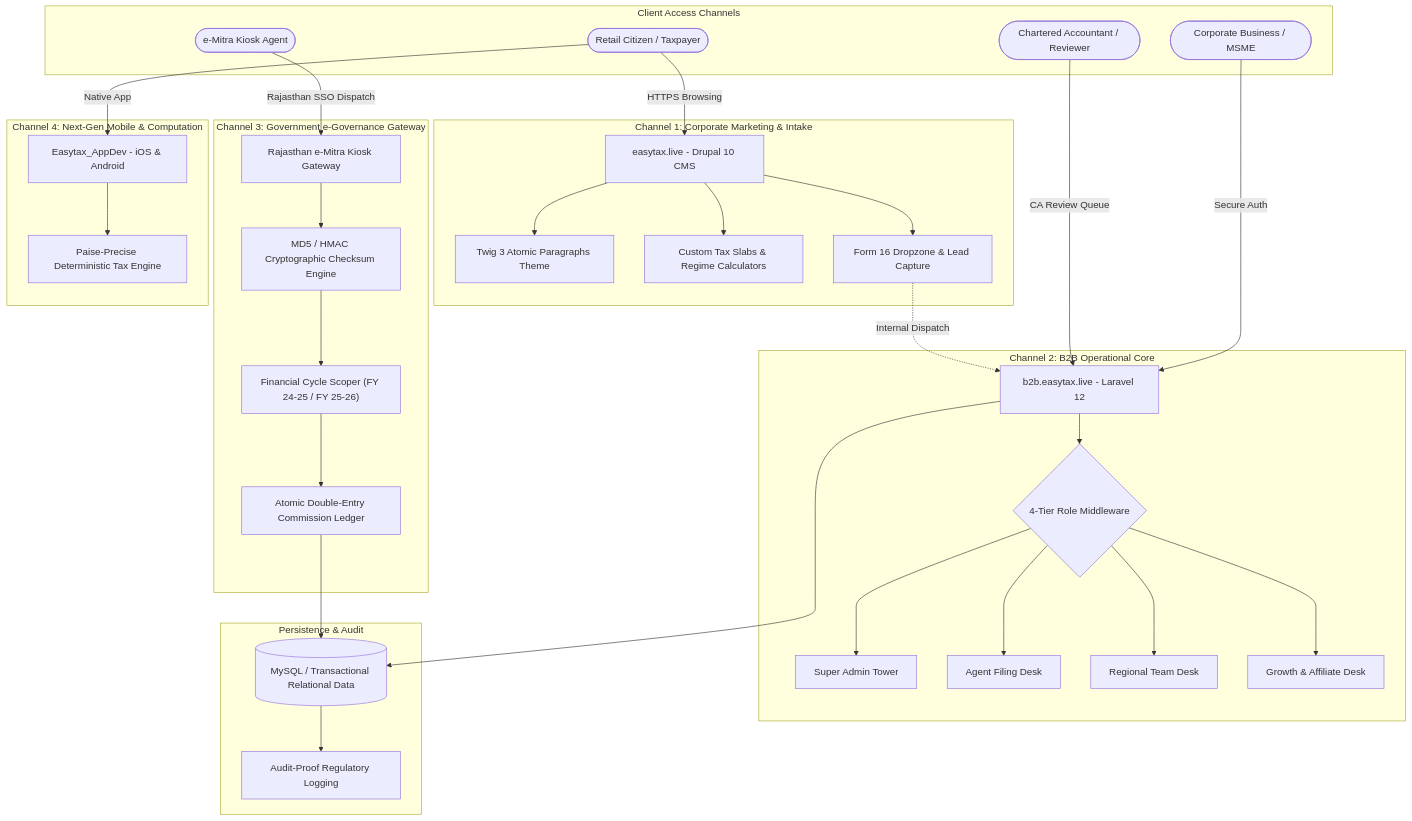
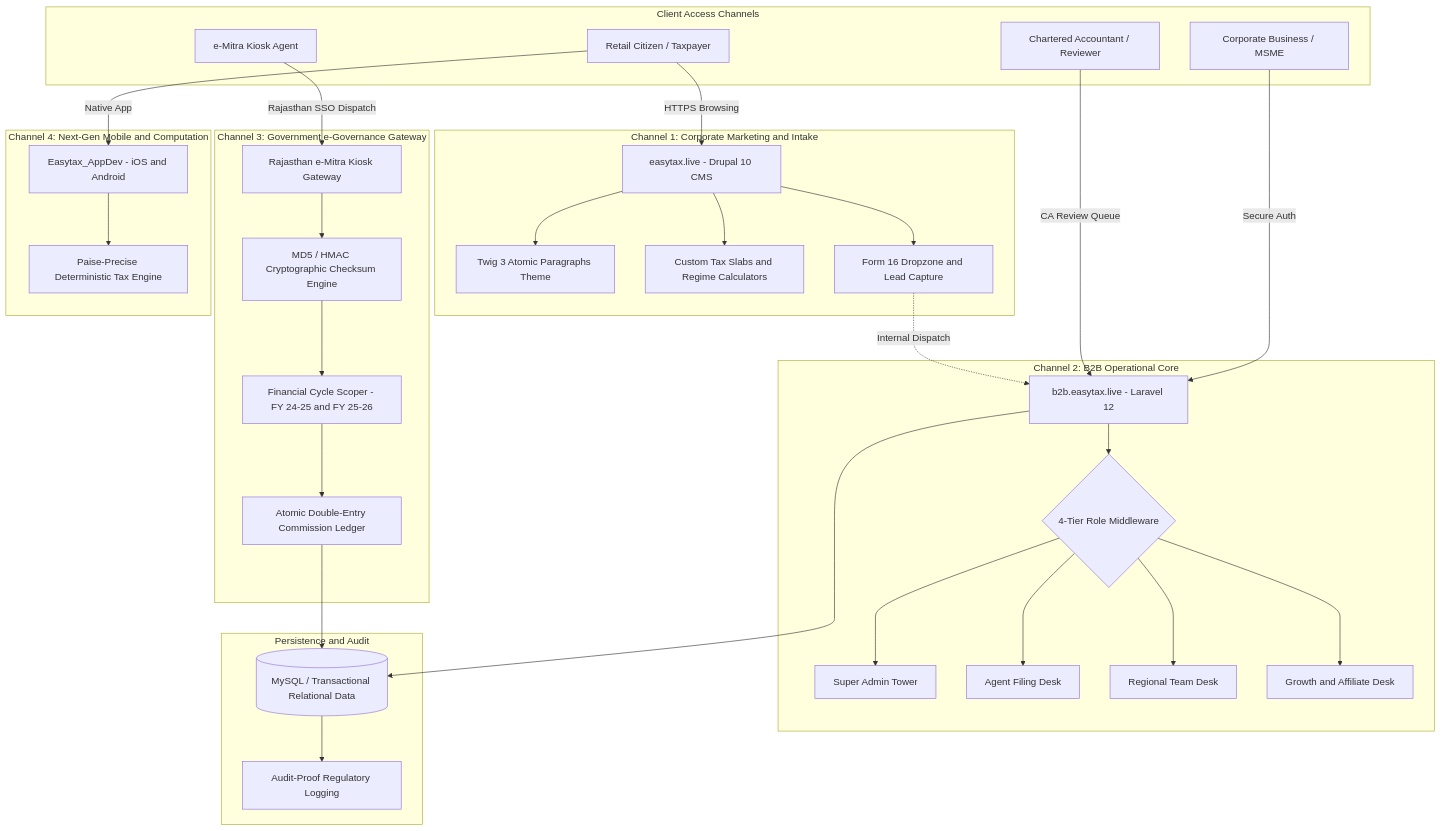
Before and after one commit to karnVen/easytax-enterprise-ecosystem: the diagram in README.md, drawn with Mermaid. The commit also changed 1 other file, not shown here.

Commit message:
fix(mermaid): use robust subgraph ids and clean quoted node syntax

````diff
--- a/README.md
+++ b/README.md
@@ -28,45 +28,45 @@
 ```mermaid
-flowchart TB
-    subgraph Client Access Channels
-        Citizen(["Retail Citizen / Taxpayer"])
-        Kiosk(["e-Mitra Kiosk Agent"])
-        Corporate(["Corporate Business / MSME"])
-        CA(["Chartered Accountant / Reviewer"])
+flowchart TD
+    subgraph Channels["Client Access Channels"]
+        Citizen["Retail Citizen / Taxpayer"]
+        Kiosk["e-Mitra Kiosk Agent"]
+        Corporate["Corporate Business / MSME"]
+        CA["Chartered Accountant / Reviewer"]
     end
 
-    subgraph Channel 1: Corporate Marketing & Intake
+    subgraph C1["Channel 1: Corporate Marketing and Intake"]
         Citizen -->|HTTPS Browsing| DrupalLive["easytax.live - Drupal 10 CMS"]
         DrupalLive --> TwigTheme["Twig 3 Atomic Paragraphs Theme"]
-        DrupalLive --> CalcModules["Custom Tax Slabs & Regime Calculators"]
-        DrupalLive --> LeadIntake["Form 16 Dropzone & Lead Capture"]
+        DrupalLive --> CalcModules["Custom Tax Slabs and Regime Calculators"]
+        DrupalLive --> LeadIntake["Form 16 Dropzone and Lead Capture"]
     end
 
-    subgraph Channel 2: B2B Operational Core
+    subgraph C2["Channel 2: B2B Operational Core"]
         Corporate -->|Secure Auth| B2BLaravel["b2b.easytax.live - Laravel 12"]
         CA -->|CA Review Queue| B2BLaravel
         LeadIntake -.->|Internal Dispatch| B2BLaravel
         B2BLaravel --> RoleScoper{"4-Tier Role Middleware"}
         RoleScoper --> AdminTower["Super Admin Tower"]
         RoleScoper --> AgentDesk["Agent Filing Desk"]
         RoleScoper --> TeamManager["Regional Team Desk"]
-        RoleScoper --> MarketerDesk["Growth & Affiliate Desk"]
+        RoleScoper --> MarketerDesk["Growth and Affiliate Desk"]
     end
 
-    subgraph Channel 3: Government e-Governance Gateway
+    subgraph C3["Channel 3: Government e-Governance Gateway"]
         Kiosk -->|Rajasthan SSO Dispatch| EMitraGateway["Rajasthan e-Mitra Kiosk Gateway"]
         EMitraGateway --> ChecksumEngine["MD5 / HMAC Cryptographic Checksum Engine"]
-        ChecksumEngine --> CycleScoper["Financial Cycle Scoper (FY 24-25 / FY 25-26)"]
+        ChecksumEngine --> CycleScoper["Financial Cycle Scoper - FY 24-25 and FY 25-26"]
         CycleScoper --> LedgerService["Atomic Double-Entry Commission Ledger"]
     end
 
-    subgraph Channel 4: Next-Gen Mobile & Computation
-        Citizen -->|Native App| AppDev["Easytax_AppDev - iOS & Android"]
+    subgraph C4["Channel 4: Next-Gen Mobile and Computation"]
+        Citizen -->|Native App| AppDev["Easytax_AppDev - iOS and Android"]
         AppDev --> DeterministicMath["Paise-Precise Deterministic Tax Engine"]
     end
 
-    subgraph Persistence & Audit
+    subgraph C5["Persistence and Audit"]
         B2BLaravel --> DB[("MySQL / Transactional Relational Data")]
         LedgerService --> DB
         DB --> ImmutableAudit["Audit-Proof Regulatory Logging"]
     end
 ```
````
